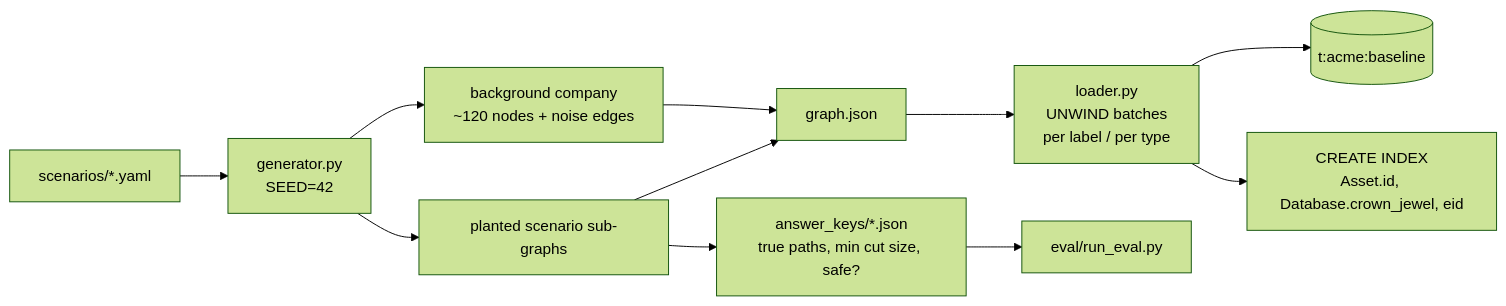
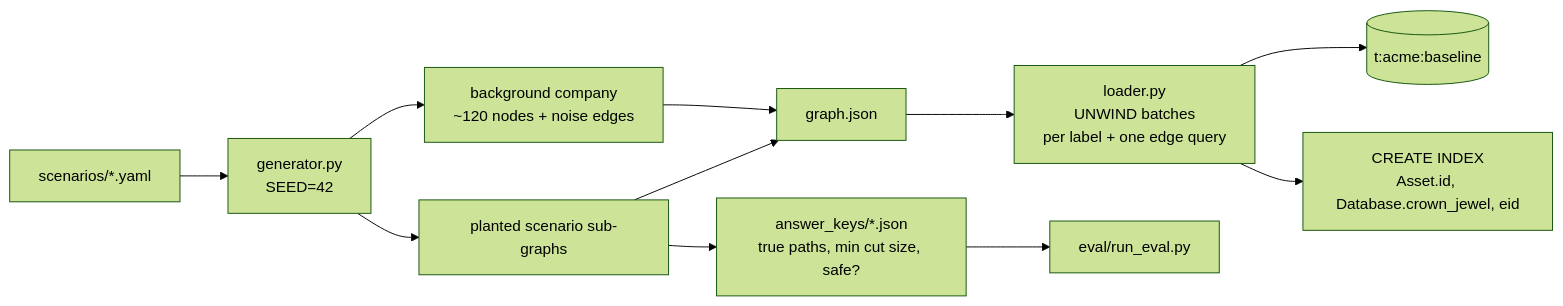
Diagram 11 of 14 in docs/04_Flow_Diagrams.md (Yogender-Godara/breachpath), drawn with Mermaid (forest theme) before and after one commit. The commit also changed 24 other files, not shown here.

````diff
--- a/docs/04_Flow_Diagrams.md
+++ b/docs/04_Flow_Diagrams.md
@@ -324,13 +324,13 @@
 ```mermaid
 flowchart LR
     A["scenarios/*.yaml"] --> B["generator.py<br/>SEED=42"]
     B --> C["background company<br/>~120 nodes + noise edges"]
     B --> D["planted scenario sub-graphs"]
     C --> E["graph.json"]
     D --> E
     D --> F["answer_keys/*.json<br/>true paths, min cut size, safe?"]
-    E --> G["loader.py<br/>UNWIND batches<br/>per label / per type"]
+    E --> G["loader.py<br/>UNWIND batches<br/>per label + one edge query"]
     G --> H[("t:acme:baseline")]
     G --> I["CREATE INDEX<br/>Asset.id, Database.crown_jewel, eid"]
     F --> J["eval/run_eval.py"]
 ```
````
